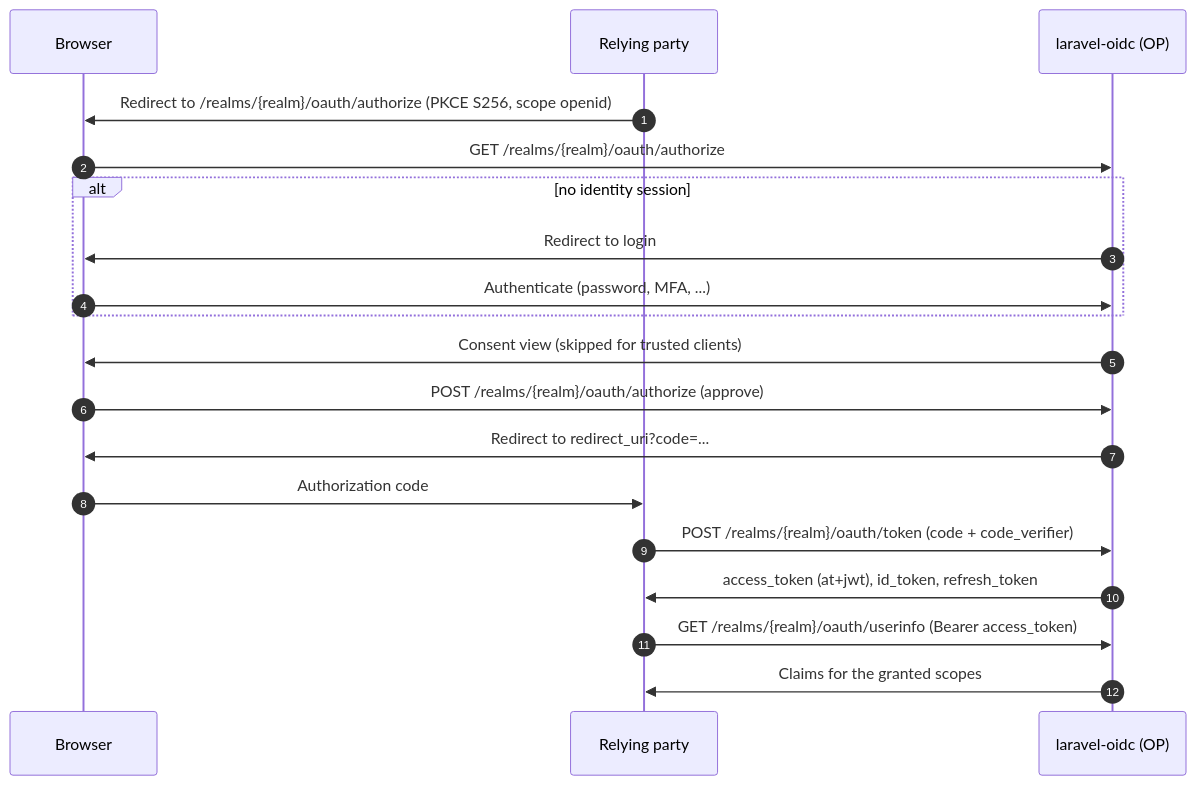
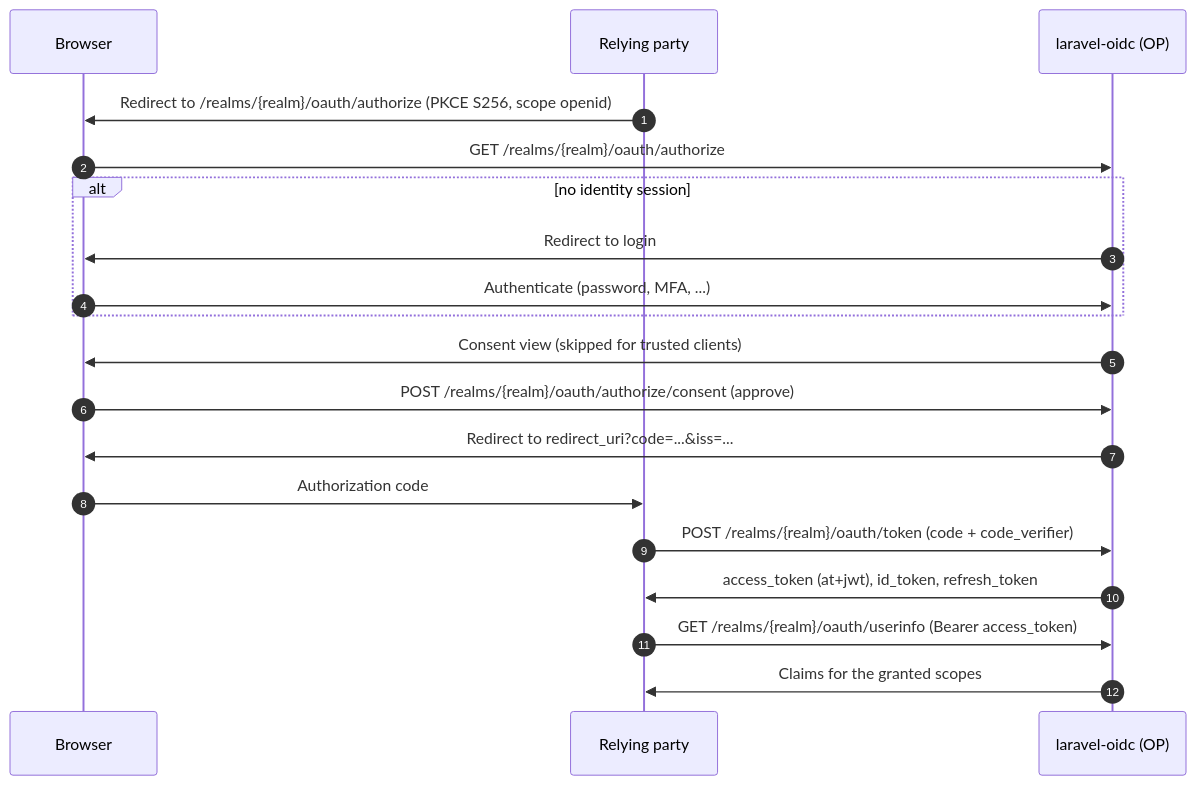
The diagram in docs/content/docs/provider/endpoints.md (bambamboole/laravel-oidc), drawn with Mermaid before and after one commit. The commit also changed other lines of this file and 18 other files, not shown here.

````diff
--- a/docs/content/docs/provider/endpoints.md
+++ b/docs/content/docs/provider/endpoints.md
@@ -39,22 +40,22 @@
 ```mermaid
 sequenceDiagram
     autonumber
     participant B as Browser
     participant RP as Relying party
     participant OP as laravel-oidc (OP)
 
     RP->>B: Redirect to /realms/{realm}/oauth/authorize (PKCE S256, scope openid)
     B->>OP: GET /realms/{realm}/oauth/authorize
     alt no identity session
         OP->>B: Redirect to login
         B->>OP: Authenticate (password, MFA, ...)
     end
     OP->>B: Consent view (skipped for trusted clients)
-    B->>OP: POST /realms/{realm}/oauth/authorize (approve)
-    OP->>B: Redirect to redirect_uri?code=...
+    B->>OP: POST /realms/{realm}/oauth/authorize/consent (approve)
+    OP->>B: Redirect to redirect_uri?code=...&iss=...
     B->>RP: Authorization code
     RP->>OP: POST /realms/{realm}/oauth/token (code + code_verifier)
     OP->>RP: access_token (at+jwt), id_token, refresh_token
     RP->>OP: GET /realms/{realm}/oauth/userinfo (Bearer access_token)
     OP->>RP: Claims for the granted scopes
 ```
````
